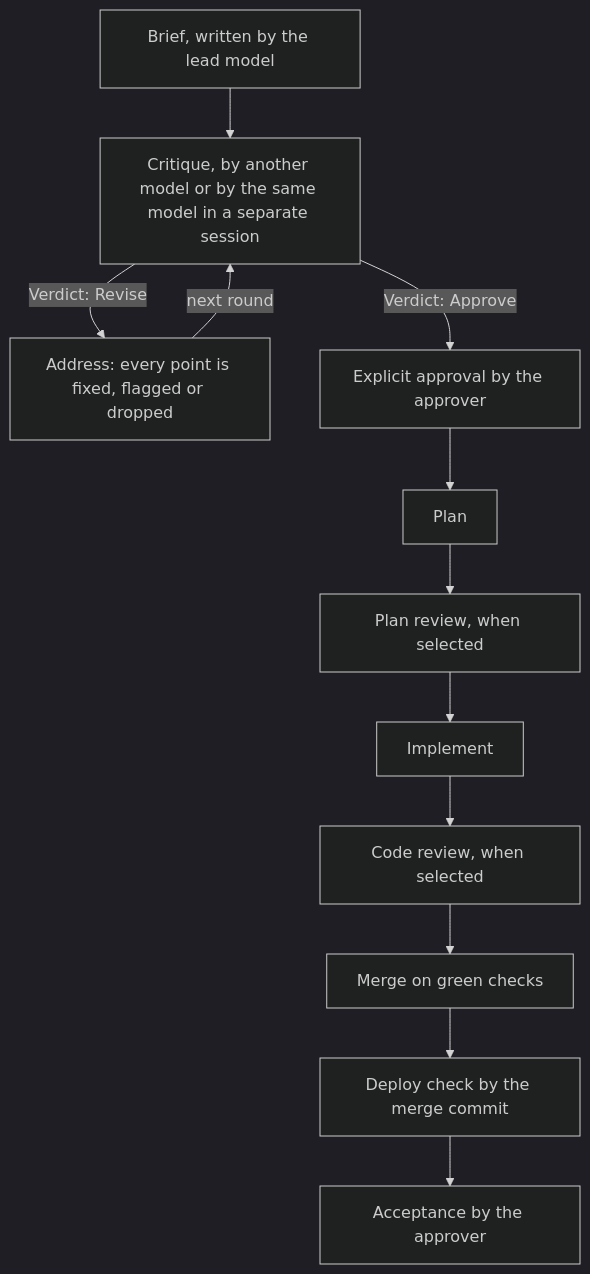
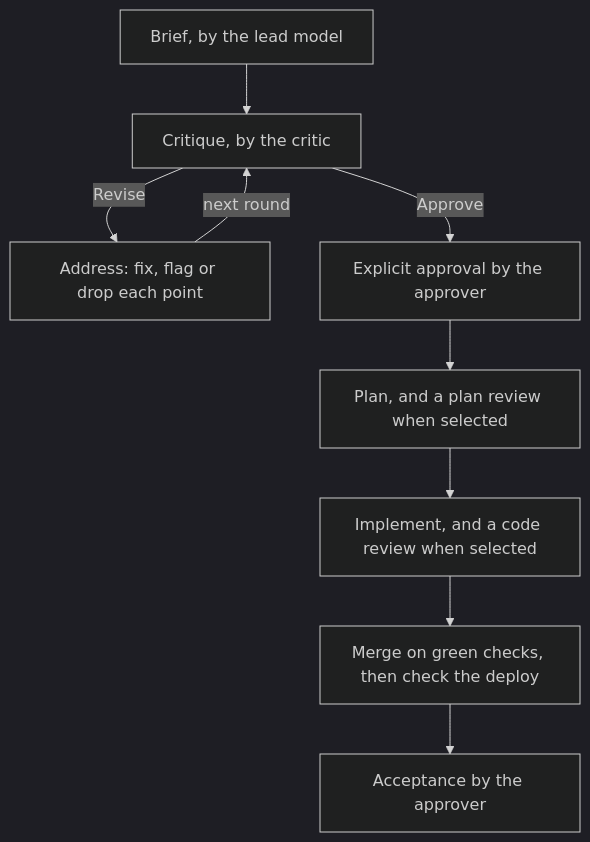
The diagram in README.md (ppanotzki/bollplank), drawn with Mermaid (dark theme) before and after one commit. The commit also changed other lines of this file and 42 other files, not shown here.

````diff
--- a/README.md
+++ b/README.md
@@ -11,18 +11,11 @@
 ```mermaid
 flowchart TD
-    brief["Brief, written by the lead model"]
-    critique["Critique, by another model or by the same model in a separate session"]
-    address["Address: every point is fixed, flagged or dropped"]
-    approval["Explicit approval by the approver"]
-    brief --> critique
-    critique -- "Verdict: Revise" --> address
+    brief["Brief, by the lead model"] --> critique["Critique, by the critic"]
+    critique -- "Revise" --> address["Address: fix, flag or drop each point"]
     address -- "next round" --> critique
-    critique -- "Verdict: Approve" --> approval
-    approval --> plan["Plan"]
-    plan --> planReview["Plan review, when selected"]
-    planReview --> implement["Implement"]
-    implement --> codeReview["Code review, when selected"]
-    codeReview --> merge["Merge on green checks"]
-    merge --> deploy["Deploy check by the merge commit"]
-    deploy --> acceptance["Acceptance by the approver"]
+    critique -- "Approve" --> approval["Explicit approval by the approver"]
+    approval --> plan["Plan, and a plan review when selected"]
+    plan --> implement["Implement, and a code review when selected"]
+    implement --> ship["Merge on green checks, then check the deploy"]
+    ship --> acceptance["Acceptance by the approver"]
 ```
````
